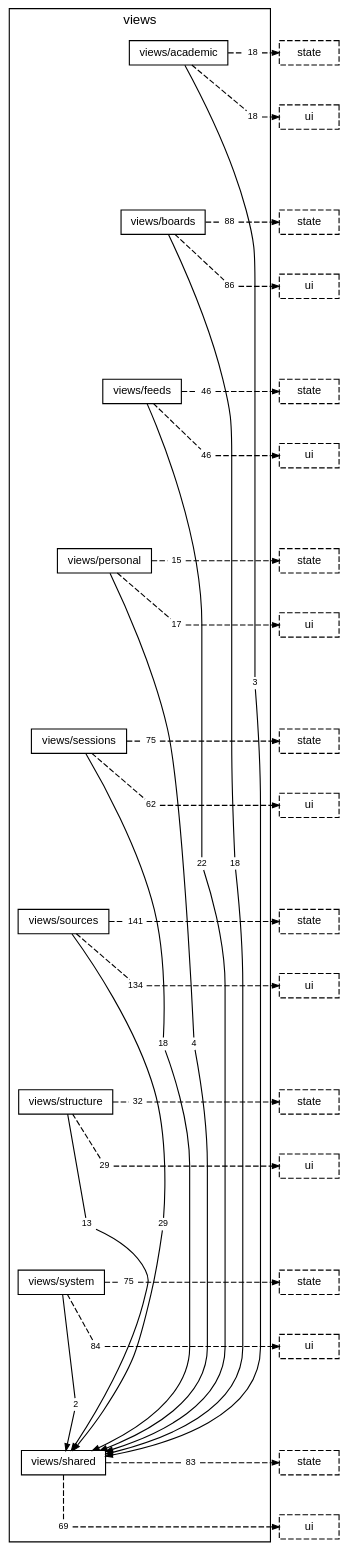
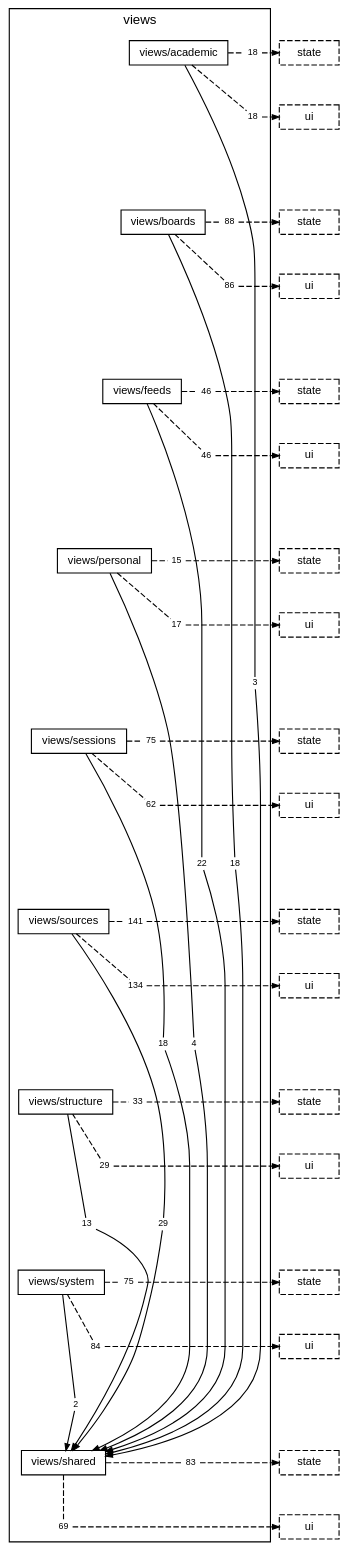
Before and after one commit to TheAxeC/oculus: the diagram in docs/diagrams/layer-views.dot, drawn with Graphviz. The commit also changed 21 other files, not shown here.

First line of the commit message:
Land Q86: the Map laid out by Graphviz's neato in the page

```diff
--- a/docs/diagrams/layer-views.dot
+++ b/docs/diagrams/layer-views.dot
@@ -32,7 +32,7 @@
         "folder views/sources to layer state" [label="141", shape=box, color="transparent", fontsize=8, width=0, height=0, margin="0.04,0.02"];
         "folder views/sources to layer ui" [label="134", shape=box, color="transparent", fontsize=8, width=0, height=0, margin="0.04,0.02"];
         "folder views/structure to folder views/shared" [label="13", shape=box, color="transparent", fontsize=8, width=0, height=0, margin="0.04,0.02"];
-        "folder views/structure to layer state" [label="32", shape=box, color="transparent", fontsize=8, width=0, height=0, margin="0.04,0.02"];
+        "folder views/structure to layer state" [label="33", shape=box, color="transparent", fontsize=8, width=0, height=0, margin="0.04,0.02"];
         "folder views/structure to layer ui" [label="29", shape=box, color="transparent", fontsize=8, width=0, height=0, margin="0.04,0.02"];
         "folder views/system to folder views/shared" [label="2", shape=box, color="transparent", fontsize=8, width=0, height=0, margin="0.04,0.02"];
         "folder views/system to layer state" [label="75", shape=box, color="transparent", fontsize=8, width=0, height=0, margin="0.04,0.02"];
```
